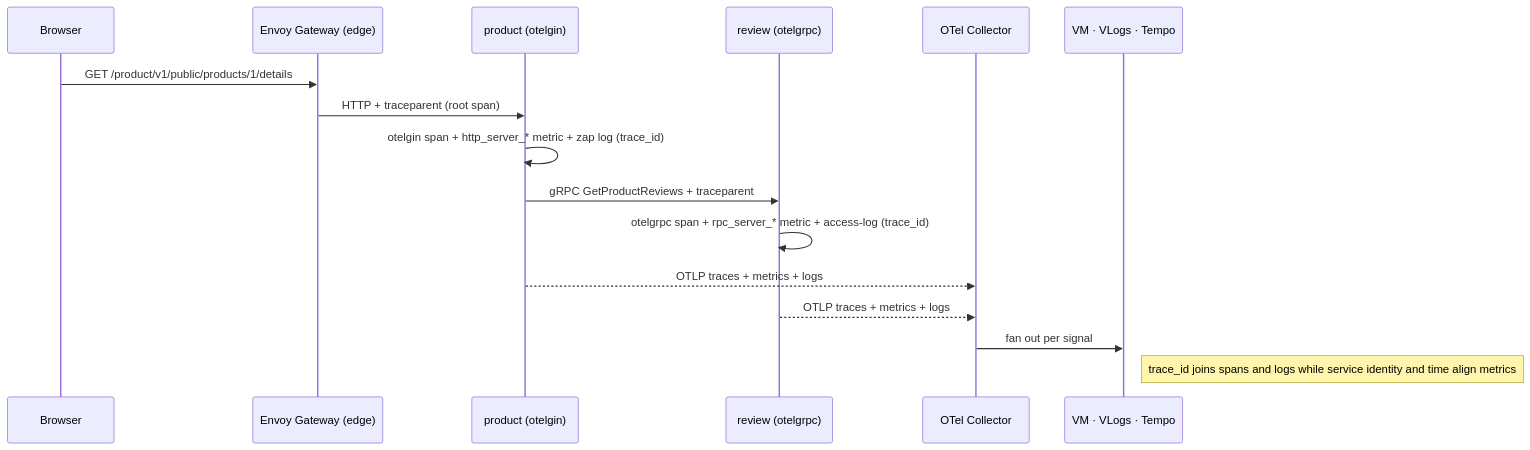
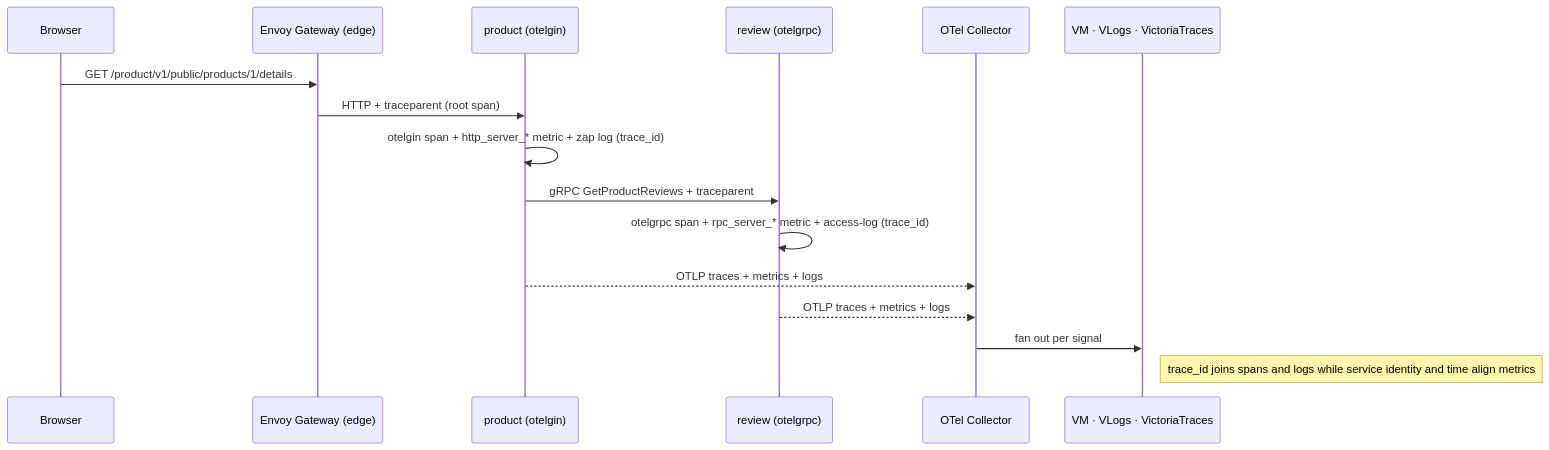
One commit to duynhlab/homelab changed the eighth of 8 diagrams in docs/observability/opentelemetry/fundamentals.md. Above: the diagram before and after it, drawn with Mermaid. The commit also changed other lines of this file and 57 other files, not shown here.

````diff
--- a/docs/observability/opentelemetry/fundamentals.md
+++ b/docs/observability/opentelemetry/fundamentals.md
@@ -460,18 +461,18 @@
 ```mermaid
 sequenceDiagram
     participant U as Browser
     participant K as Envoy Gateway (edge)
     participant A as product (otelgin)
     participant R as review (otelgrpc)
     participant C as OTel Collector
-    participant B as VM · VLogs · Tempo
+    participant B as VM · VLogs · VictoriaTraces
     U->>K: GET /product/v1/public/products/1/details
     K->>A: HTTP + traceparent (root span)
     A->>A: otelgin span + http_server_* metric + zap log (trace_id)
     A->>R: gRPC GetProductReviews + traceparent
     R->>R: otelgrpc span + rpc_server_* metric + access-log (trace_id)
     A-->>C: OTLP traces + metrics + logs
     R-->>C: OTLP traces + metrics + logs
     C->>B: fan out per signal
     Note right of B: trace_id joins spans and logs while service identity and time align metrics
 ```
````
